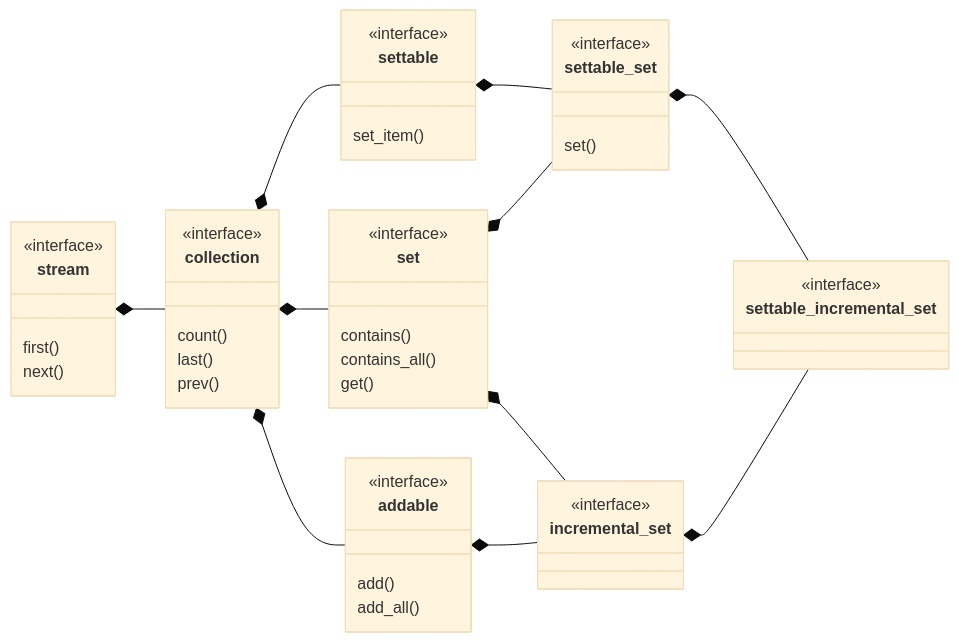
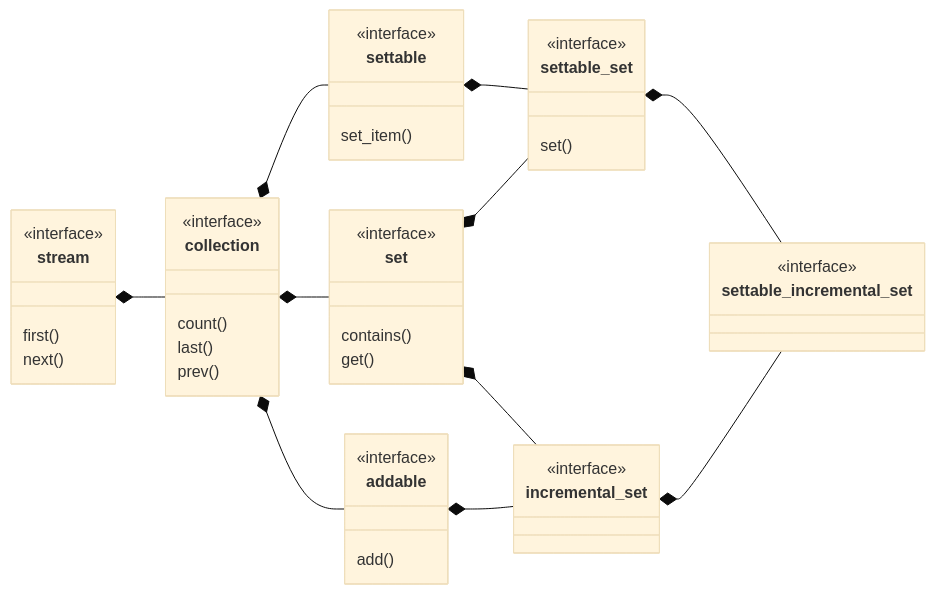
Before and after one commit to pretore/aquarium-butterflyfish: the diagram in doc/settable_incremental_set.md, drawn with Mermaid (base theme). The commit also changed 387 other files, not shown here.

````diff
--- a/doc/settable_incremental_set.md
+++ b/doc/settable_incremental_set.md
@@ -3,48 +3,46 @@
 ```mermaid
 classDiagram
 direction LR
     class stream {
         first()
         next()
     }
     <<interface>> stream
     class collection {
         count()
         last()
         prev()
     }
     <<interface>> collection
     stream *-- collection
     class settable {
         set_item()
     }
     <<interface>> settable
     collection *-- settable
     class set {
         contains()
-        contains_all()
         get()
     }
     <<interface>> set
     collection *-- set
     class addable {
         add()
-        add_all()
     }
     <<interface>> addable
     collection *-- addable
     class settable_set {
         set()
     }
     <<interface>> settable_set
     settable *-- settable_set
     set *-- settable_set
     class incremental_set
     <<interface>> incremental_set
     set *-- incremental_set
     addable *-- incremental_set
     class settable_incremental_set
     <<interface>> settable_incremental_set
     settable_set *-- settable_incremental_set
     incremental_set *-- settable_incremental_set
 ```
````
